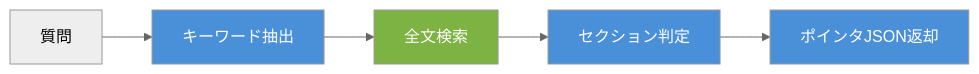
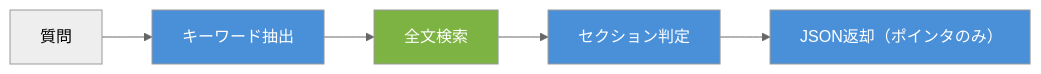
Before and after one commit to nablarch/nabledge-dev: the first of 2 diagrams in docs/articles/01-get-ai-ready-on-nablarch.md, drawn with Mermaid (neutral theme). The commit also changed 2 other files, not shown here.

Commit message:
docs: apply reviewer feedback to knowledge articles

````diff
--- a/docs/articles/01-get-ai-ready-on-nablarch.md
+++ b/docs/articles/01-get-ai-ready-on-nablarch.md
@@ -66,12 +66,12 @@
 ```mermaid
 flowchart LR
     Q[質問] --> A[キーワード抽出]
     A --> B[全文検索]
     B --> C[セクション判定]
-    C --> D[ポインタJSON返却]
+    C --> D["JSON返却（ポインタのみ）"]
 
     style A fill:#4a90d9,color:#fff
     style B fill:#7cb342,color:#fff
     style C fill:#4a90d9,color:#fff
     style D fill:#4a90d9,color:#fff
 ```
````
